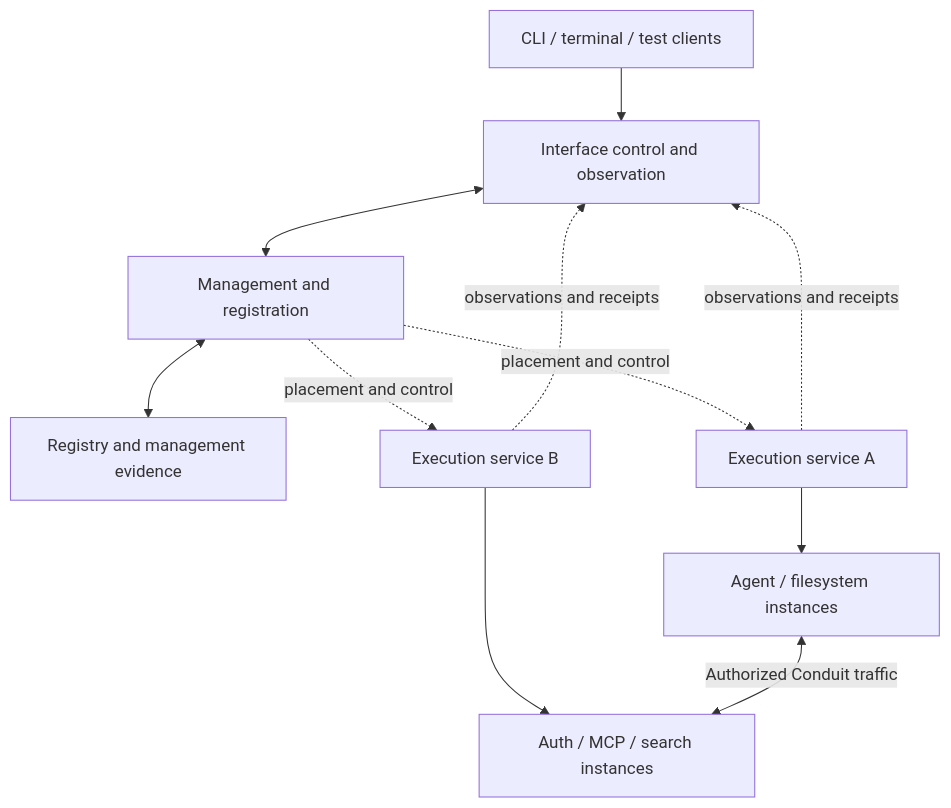
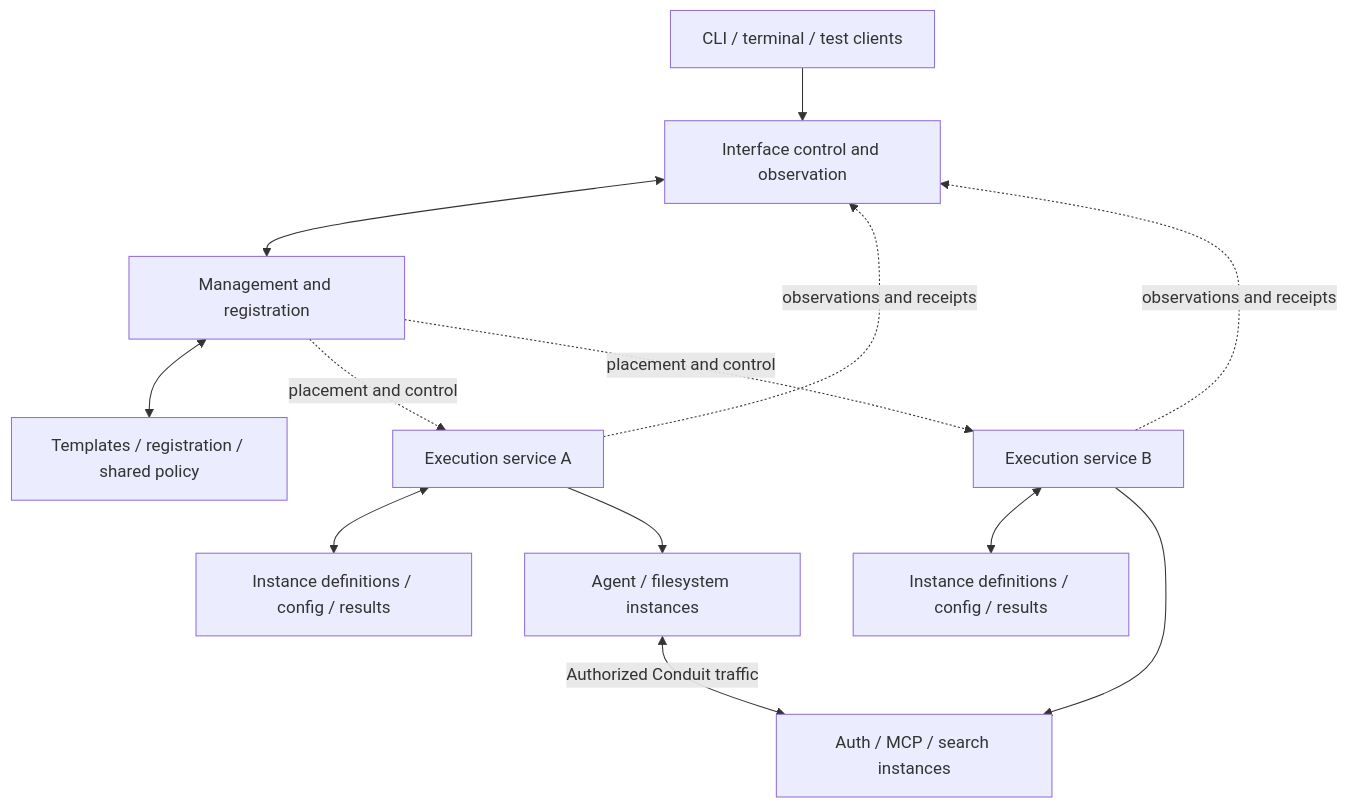
The diagram in docs/proposals/implementation-v0/ARCHITECTURE.md (shrav-k/conduit), drawn with Mermaid before and after one commit. The commit also changed other lines of this file and 13 other files, not shown here.

Commit message:
Accept shared policy and instance-owned state authority

````diff
--- a/docs/proposals/implementation-v0/ARCHITECTURE.md
+++ b/docs/proposals/implementation-v0/ARCHITECTURE.md
@@ -48,13 +48,15 @@
 ```mermaid
 flowchart TD
     C[CLI / terminal / test clients] --> I[Interface control and observation]
     I <--> M[Management and registration]
-    M <--> S[Registry and management evidence]
+    M <--> S[Templates / registration / shared policy]
     M -. placement and control .-> X[Execution service A]
     M -. placement and control .-> Y[Execution service B]
+    X <--> XS[Instance definitions / config / results]
+    Y <--> YS[Instance definitions / config / results]
     X --> A[Agent / filesystem instances]
     Y --> R[Auth / MCP / search instances]
     A <-->|Authorized Conduit traffic| R
     X -. observations and receipts .-> I
     Y -. observations and receipts .-> I
 ```
````
